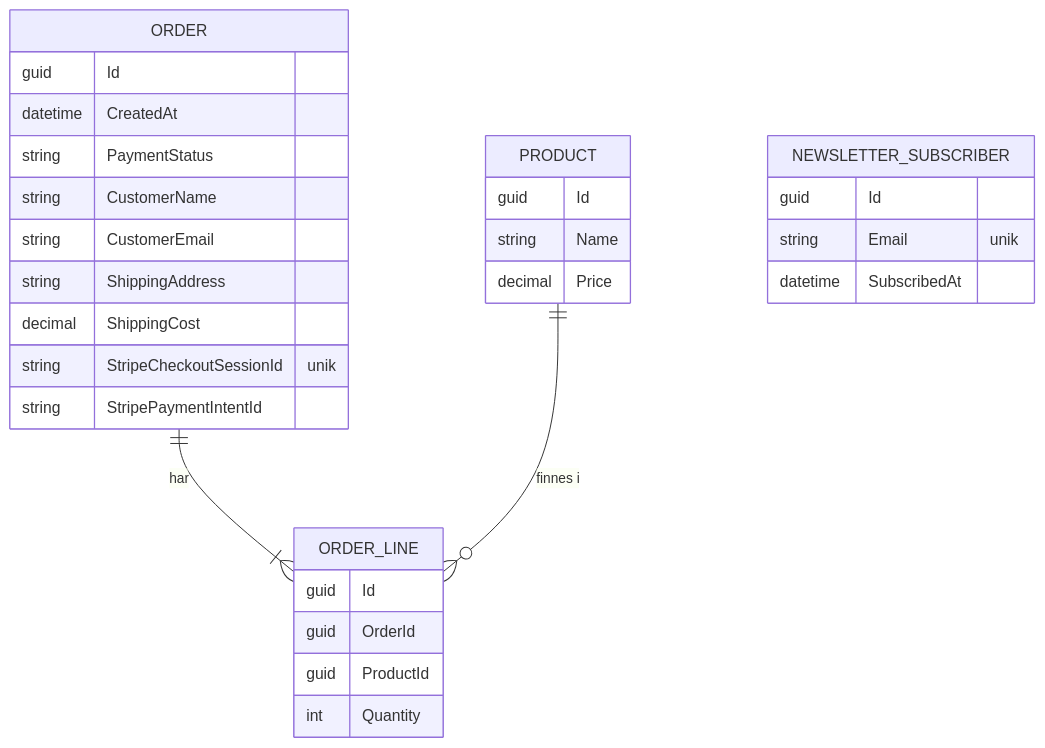
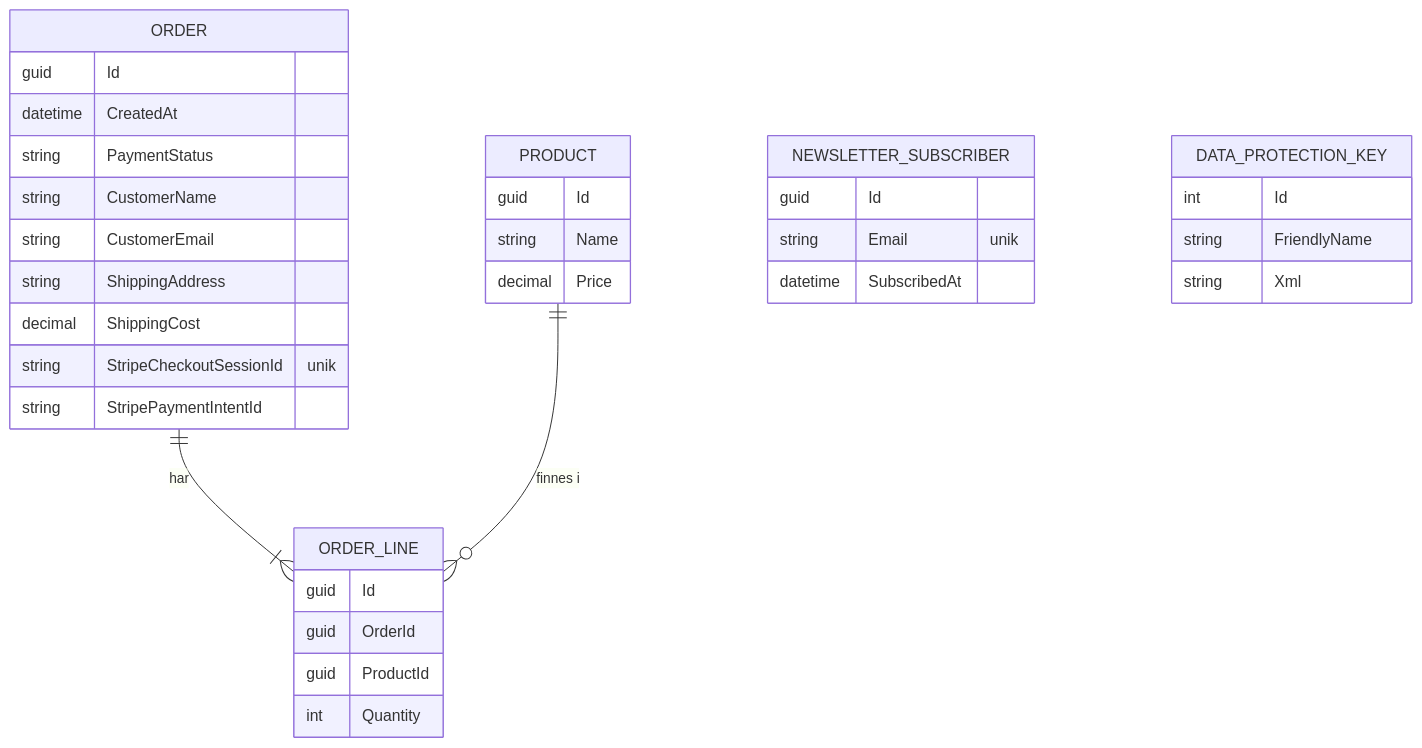
The fourth of 4 diagrams in docs/ARCHITECTURE.md (Khhashi/Nordly), drawn with Mermaid before and after one commit. The commit also changed other lines of this file, not shown here.

````diff
--- a/docs/ARCHITECTURE.md
+++ b/docs/ARCHITECTURE.md
@@ -125,32 +130,37 @@
 ```mermaid
 erDiagram
     ORDER ||--|{ ORDER_LINE : har
     PRODUCT ||--o{ ORDER_LINE : "finnes i"
     ORDER {
         guid Id
         datetime CreatedAt
         string PaymentStatus
         string CustomerName
         string CustomerEmail
         string ShippingAddress
         decimal ShippingCost
         string StripeCheckoutSessionId "unik"
         string StripePaymentIntentId
     }
     ORDER_LINE {
         guid Id
         guid OrderId
         guid ProductId
         int Quantity
     }
     PRODUCT {
         guid Id
         string Name
         decimal Price
     }
     NEWSLETTER_SUBSCRIBER {
         guid Id
         string Email "unik"
         datetime SubscribedAt
     }
+    DATA_PROTECTION_KEY {
+        int Id
+        string FriendlyName
+        string Xml
+    }
 ```
````
